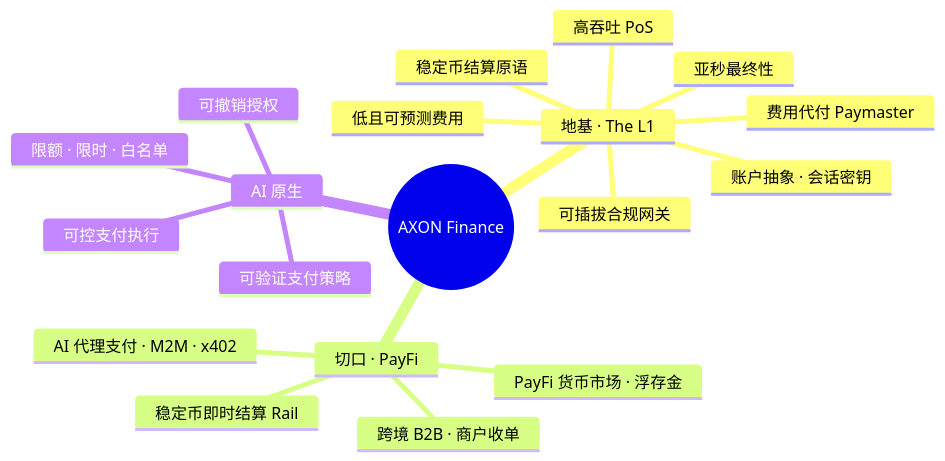
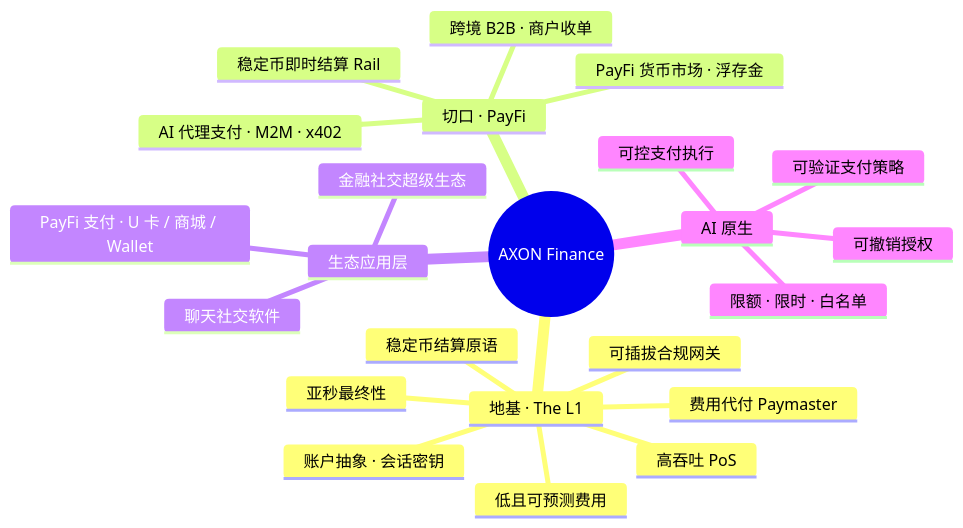
One commit to AIVIVEHQ/axon-whitepaper changed the diagram in part1-vision/1-2-what-is-axon.md. Above: the diagram before and after it, drawn with Mermaid. The commit also changed other lines of this file and 17 other files, not shown here.

````diff
--- a/part1-vision/1-2-what-is-axon.md
+++ b/part1-vision/1-2-what-is-axon.md
@@ -14,22 +14,26 @@
 ```mermaid
 mindmap
   root((AXON Finance))
     地基 · The L1
       高吞吐 PoS
       亚秒最终性
       低且可预测费用
       稳定币结算原语
       账户抽象 · 会话密钥
       费用代付 Paymaster
       可插拔合规网关
     切口 · PayFi
       稳定币即时结算 Rail
       AI 代理支付 · M2M · x402
       PayFi 货币市场 · 浮存金
       跨境 B2B · 商户收单
+    生态应用层
+      PayFi 支付 · U 卡 / 商城 / Wallet
+      金融社交超级生态
+      聊天社交软件
     AI 原生
       可控支付执行
       限额 · 限时 · 白名单
       可撤销授权
       可验证支付策略
 ```
````
